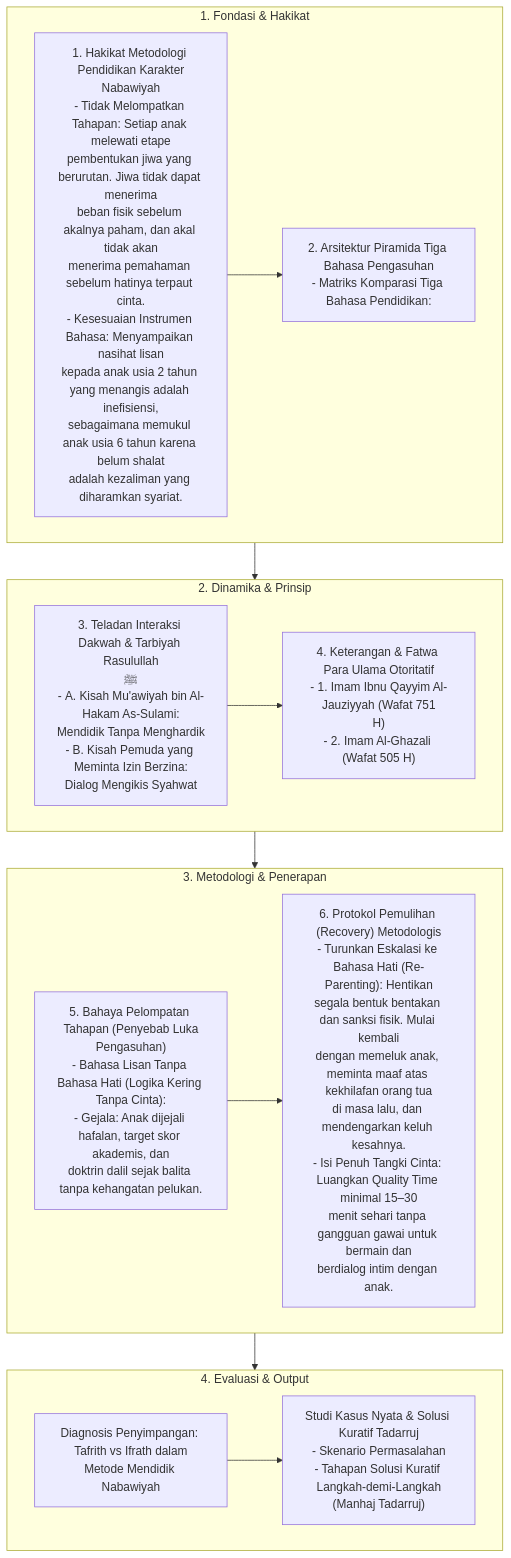
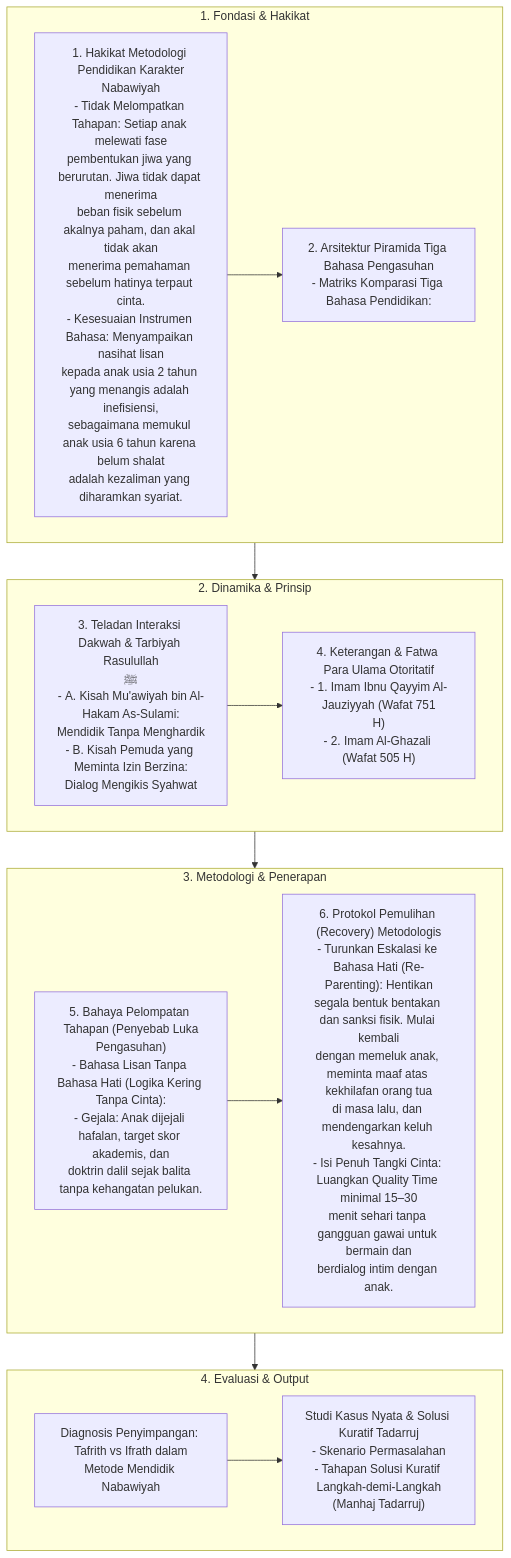
Before and after one commit to decaller/wiki-pkn: the diagram in content_flow/Dokumen Pendidikan Karakter Nabawiyah/Paradigma & Implementasi/Pendidikan Ideal/Metode Mendidik/index.md, drawn with Mermaid. The commit also changed 410 other files, not shown here.

Commit message:
feat: create master Glosarium and purify terminology across repo (etape -> fase, archetype -> uswah)

````diff
--- a/content_flow/Dokumen Pendidikan Karakter Nabawiyah/Paradigma & Implementasi/Pendidikan Ideal/Metode Mendidik/index.md
+++ b/content_flow/Dokumen Pendidikan Karakter Nabawiyah/Paradigma & Implementasi/Pendidikan Ideal/Metode Mendidik/index.md
@@ -10,30 +10,30 @@
 ```mermaid
 flowchart TD
     subgraph S1["1. Fondasi & Hakikat"]
-        N1_1["1. Hakikat Metodologi Pendidikan Karakter<br/>Nabawiyah<br/>- Tidak Melompatkan Tahapan: Setiap anak melewati etape<br/>pembentukan jiwa yang berurutan. Jiwa tidak dapat menerima<br/>beban fisik sebelum akalnya paham, dan akal tidak akan<br/>menerima pemahaman sebelum hatinya terpaut cinta.<br/>- Kesesuaian Instrumen Bahasa: Menyampaikan nasihat lisan<br/>kepada anak usia 2 tahun yang menangis adalah inefisiensi,<br/>sebagaimana memukul anak usia 6 tahun karena belum shalat<br/>adalah kezaliman yang diharamkan syariat."]
+        N1_1["1. Hakikat Metodologi Pendidikan Karakter<br/>Nabawiyah<br/>- Tidak Melompatkan Tahapan: Setiap anak melewati fase<br/>pembentukan jiwa yang berurutan. Jiwa tidak dapat menerima<br/>beban fisik sebelum akalnya paham, dan akal tidak akan<br/>menerima pemahaman sebelum hatinya terpaut cinta.<br/>- Kesesuaian Instrumen Bahasa: Menyampaikan nasihat lisan<br/>kepada anak usia 2 tahun yang menangis adalah inefisiensi,<br/>sebagaimana memukul anak usia 6 tahun karena belum shalat<br/>adalah kezaliman yang diharamkan syariat."]
         N1_2["2. Arsitektur Piramida Tiga Bahasa Pengasuhan<br/>- Matriks Komparasi Tiga Bahasa Pendidikan:"]
         N1_1 --> N1_2
     end
 
     subgraph S2["2. Dinamika & Prinsip"]
         N2_1["3. Teladan Interaksi Dakwah & Tarbiyah Rasulullah<br/>ﷺ<br/>- A. Kisah Mu'awiyah bin Al-Hakam As-Sulami:<br/>Mendidik Tanpa Menghardik<br/>- B. Kisah Pemuda yang Meminta Izin Berzina:<br/>Dialog Mengikis Syahwat"]
         N2_2["4. Keterangan & Fatwa Para Ulama Otoritatif<br/>- 1. Imam Ibnu Qayyim Al-Jauziyyah (Wafat 751<br/>H)<br/>- 2. Imam Al-Ghazali (Wafat 505 H)"]
         N2_1 --> N2_2
     end
 
     subgraph S3["3. Metodologi & Penerapan"]
         N3_1["5. Bahaya Pelompatan Tahapan (Penyebab Luka<br/>Pengasuhan)<br/>- Bahasa Lisan Tanpa Bahasa Hati (Logika Kering Tanpa Cinta):<br/>- Gejala: Anak dijejali hafalan, target skor akademis, dan<br/>doktrin dalil sejak balita tanpa kehangatan pelukan."]
         N3_2["6. Protokol Pemulihan (Recovery) Metodologis<br/>- Turunkan Eskalasi ke Bahasa Hati (Re-Parenting): Hentikan<br/>segala bentuk bentakan dan sanksi fisik. Mulai kembali<br/>dengan memeluk anak, meminta maaf atas kekhilafan orang tua<br/>di masa lalu, dan mendengarkan keluh kesahnya.<br/>- Isi Penuh Tangki Cinta: Luangkan Quality Time minimal 15–30<br/>menit sehari tanpa gangguan gawai untuk bermain dan<br/>berdialog intim dengan anak."]
         N3_1 --> N3_2
     end
 
     subgraph S4["4. Evaluasi & Output"]
         N4_1["Diagnosis Penyimpangan: Tafrith vs Ifrath dalam<br/>Metode Mendidik Nabawiyah"]
         N4_2["Studi Kasus Nyata & Solusi Kuratif Tadarruj<br/>- Skenario Permasalahan<br/>- Tahapan Solusi Kuratif Langkah-demi-Langkah<br/>(Manhaj Tadarruj)"]
         N4_1 --> N4_2
     end
 
     S1 --> S2
     S2 --> S3
     S3 --> S4
 ```
````
